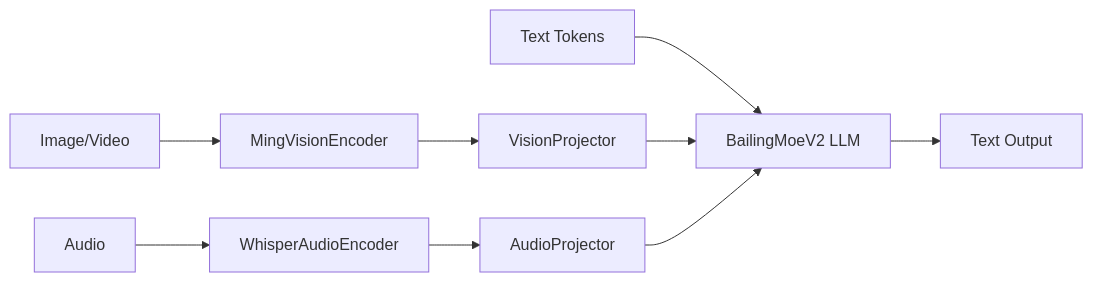
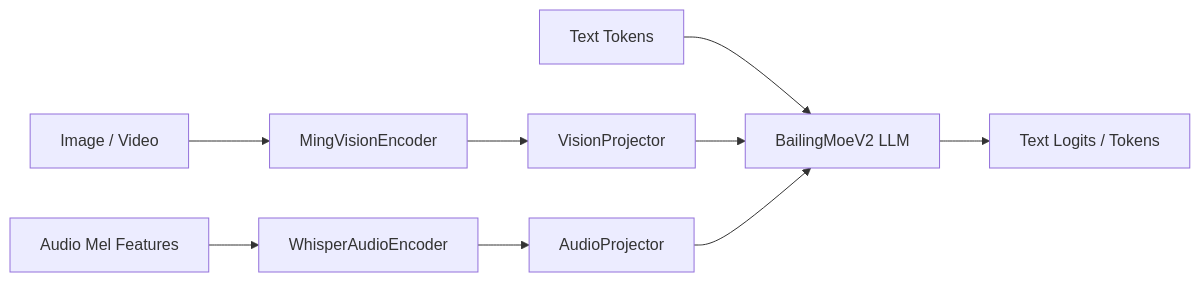
One commit to ZhengWG/vllm-omni changed the fifth of 5 diagrams in docs/design/module/qwen3-omni-ming-architecture.md. Above: the diagram before and after it, drawn with Mermaid. The commit also changed other lines of this file, not shown here.

Commit message:
docs: deepen omni model principles and execution flow

````diff
--- a/docs/design/module/qwen3-omni-ming-architecture.md
+++ b/docs/design/module/qwen3-omni-ming-architecture.md
@@ -208,11 +317,11 @@
 ```mermaid
 flowchart LR
-    I[Image/Video] --> V[MingVisionEncoder]
-    A[Audio] --> W[WhisperAudioEncoder]
-    V --> PV[VisionProjector]
-    W --> PA[AudioProjector]
+    I[Image / Video] --> VE[MingVisionEncoder]
+    A[Audio Mel Features] --> AE[WhisperAudioEncoder]
+    VE --> VP[VisionProjector]
+    AE --> AP[AudioProjector]
     T[Text Tokens] --> LLM[BailingMoeV2 LLM]
-    PV --> LLM
-    PA --> LLM
-    LLM --> O[Text Output]
+    VP --> LLM
+    AP --> LLM
+    LLM --> TXT[Text Logits / Tokens]
 ```
````
